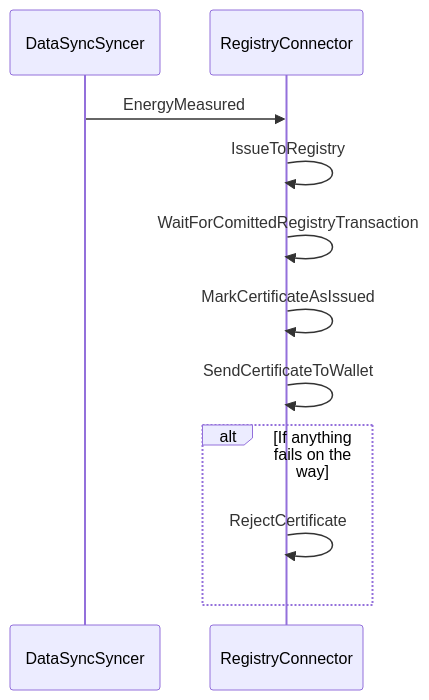
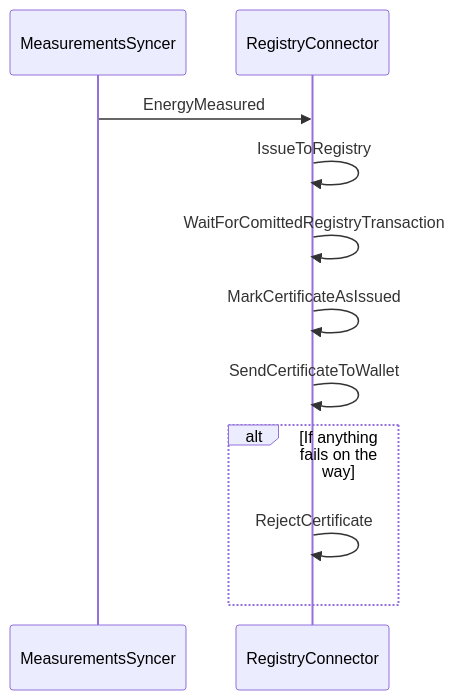
The diagram in doc/architecture/domains/certificates.md (Energinet-DataHub/energy-origin), drawn with Mermaid before and after one commit. The commit also changed other lines of this file and 1 other file, not shown here.

Commit message:
Updated docs according to MeasurementsSyncer (#656)

````diff
--- a/doc/architecture/domains/certificates.md
+++ b/doc/architecture/domains/certificates.md
@@ -23,15 +20,15 @@
 ```mermaid
 sequenceDiagram
-    participant dss as DataSyncSyncer
+    participant ms as MeasurementsSyncer
     participant rc as RegistryConnector
 
-    dss->>rc: EnergyMeasured
+    ms->>rc: EnergyMeasured
     rc->>rc: IssueToRegistry
     rc->>rc: WaitForComittedRegistryTransaction
     rc->>rc: MarkCertificateAsIssued
     rc->>rc: SendCertificateToWallet
 
     alt If anything fails on the way
         rc->>rc: RejectCertificate
     end
 ```
````
